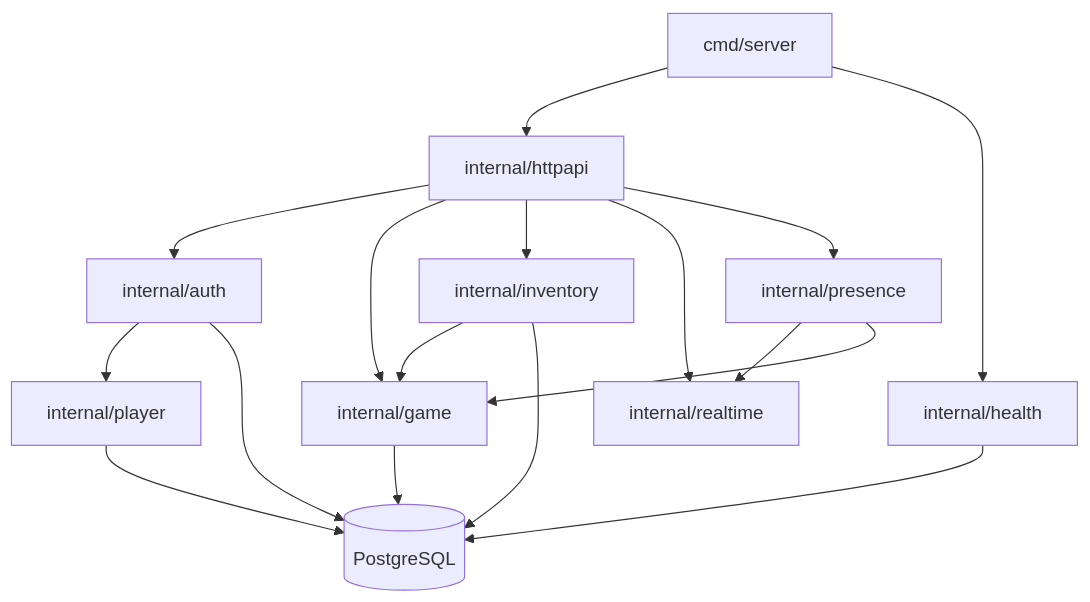
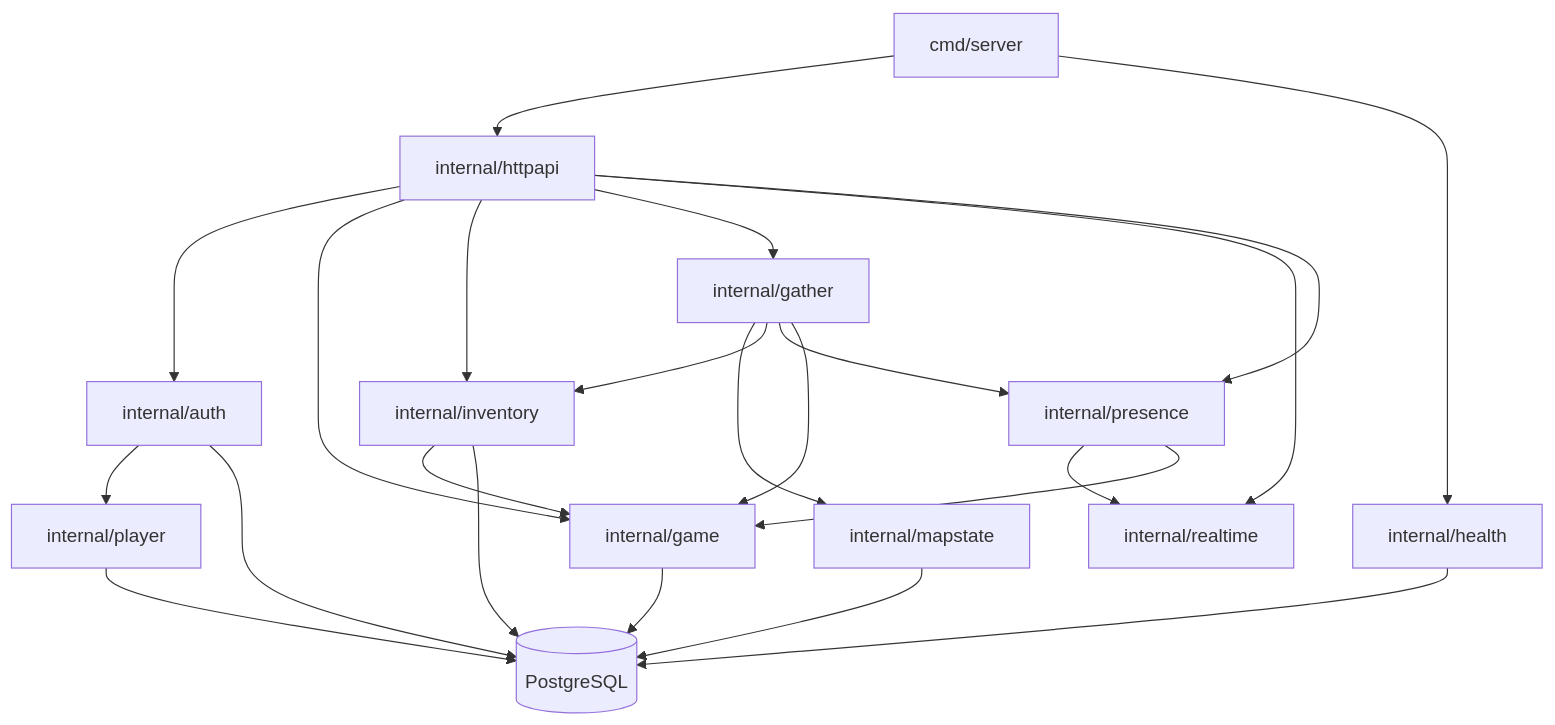
The diagram in backend/README.md (foxxman/valley), drawn with Mermaid before and after one commit. The commit also changed other lines of this file and 32 other files, not shown here.

````diff
--- a/backend/README.md
+++ b/backend/README.md
@@ -9,19 +9,25 @@
 ```mermaid
 flowchart TD
   server["cmd/server"] --> httpapi["internal/httpapi"]
   server --> health["internal/health"]
   httpapi --> auth["internal/auth"]
   httpapi --> game["internal/game"]
   httpapi --> inventory["internal/inventory"]
+  httpapi --> gather["internal/gather"]
   httpapi --> realtime["internal/realtime"]
   httpapi --> presence["internal/presence"]
   presence --> realtime
   presence --> game
+  gather --> mapstate["internal/mapstate"]
+  gather --> inventory
+  gather --> presence
+  gather --> game
   inventory --> game
   auth --> player["internal/player"]
   auth --> db[(PostgreSQL)]
   game --> db
   inventory --> db
+  mapstate --> db
   player --> db
   health --> db
 ```
````
